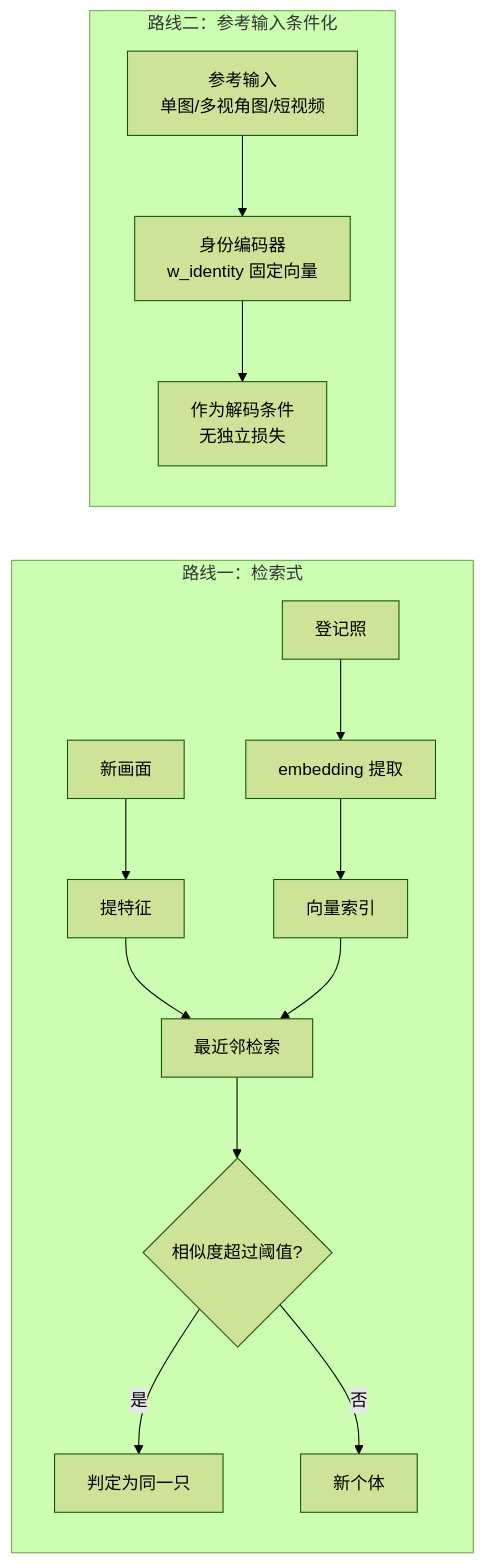
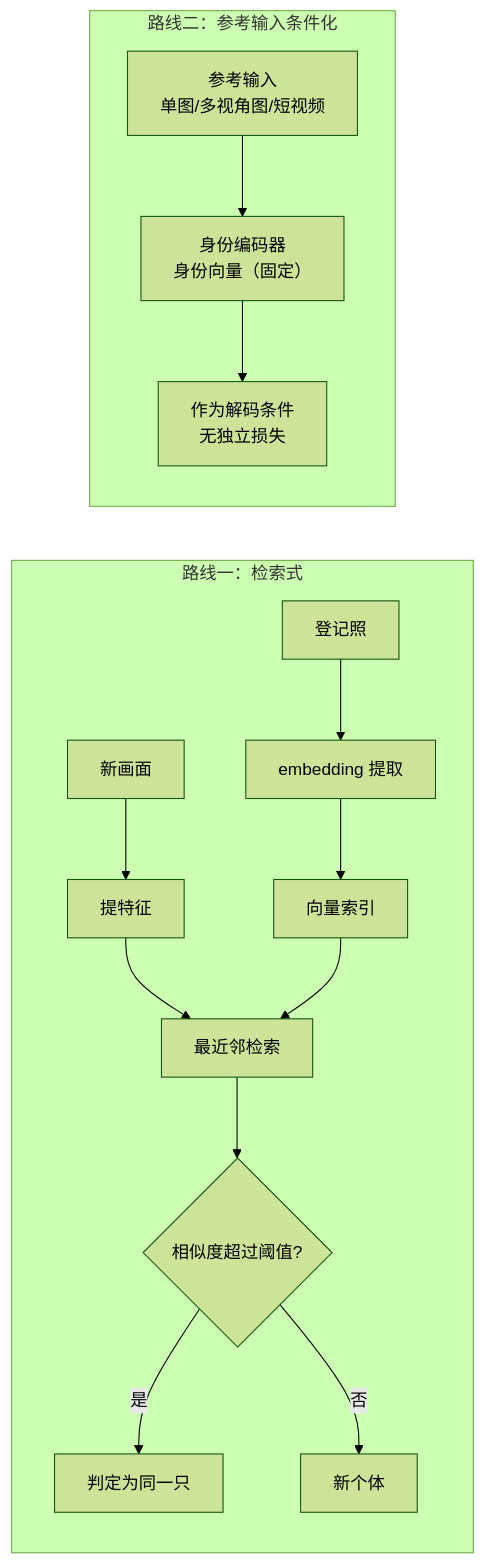
Before and after one commit to gongshangzheng/pet-action-recognition: the fourth of 7 diagrams in management/docs/architecture.md, drawn with Mermaid (forest theme). The commit also changed other lines of this file and 1 other file, not shown here.

First line of the commit message:
docs: 图可读性修复（Mermaid 去符号）+ 补动作识别范式澄清

````diff
--- a/management/docs/architecture.md
+++ b/management/docs/architecture.md
@@ -190,15 +201,15 @@
 ```mermaid
 flowchart LR
     subgraph R1["路线一：检索式"]
         P1[登记照] --> P2[embedding 提取] --> P3[向量索引]
         P4[新画面] --> P5[提特征] --> P6[最近邻检索]
         P3 --> P6
         P6 --> P7{"相似度超过阈值?"}
         P7 -->|是| P8[判定为同一只]
         P7 -->|否| P9[新个体]
     end
     subgraph R2["路线二：参考输入条件化"]
-        Q1["参考输入<br/>单图/多视角图/短视频"] --> Q2["身份编码器<br/>w_identity 固定向量"]
+        Q1["参考输入<br/>单图/多视角图/短视频"] --> Q2["身份编码器<br/>身份向量（固定）"]
         Q2 --> Q3["作为解码条件<br/>无独立损失"]
     end
 ```
````
